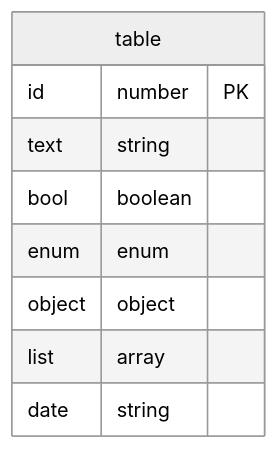
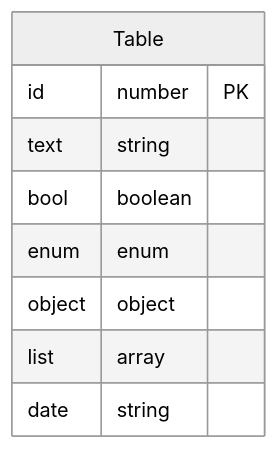
Before and after one commit to sbalmt/ez4: the diagram in examples/hello-aws-aurora/docs/db-erd.mmd, drawn with Mermaid (neutral theme). The commit also changed 7 other files, not shown here.

```diff
--- a/examples/hello-aws-aurora/docs/db-erd.mmd
+++ b/examples/hello-aws-aurora/docs/db-erd.mmd
@@ -1,10 +1,11 @@
+%%{init: { "layout": "elk" } }%%
 erDiagram
-	table {
+	Table {
 		id number PK
 		text string
 		bool boolean
 		enum enum
 		object object
 		list array
 		date string
 	}
```
